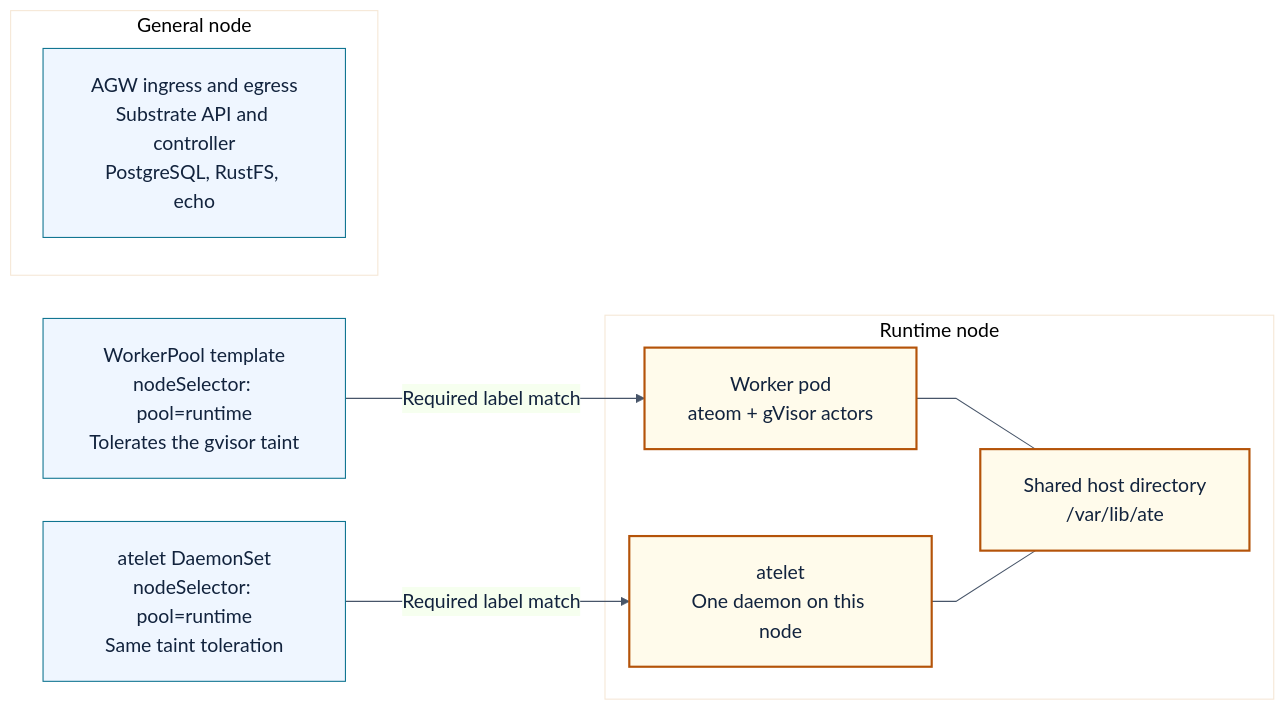
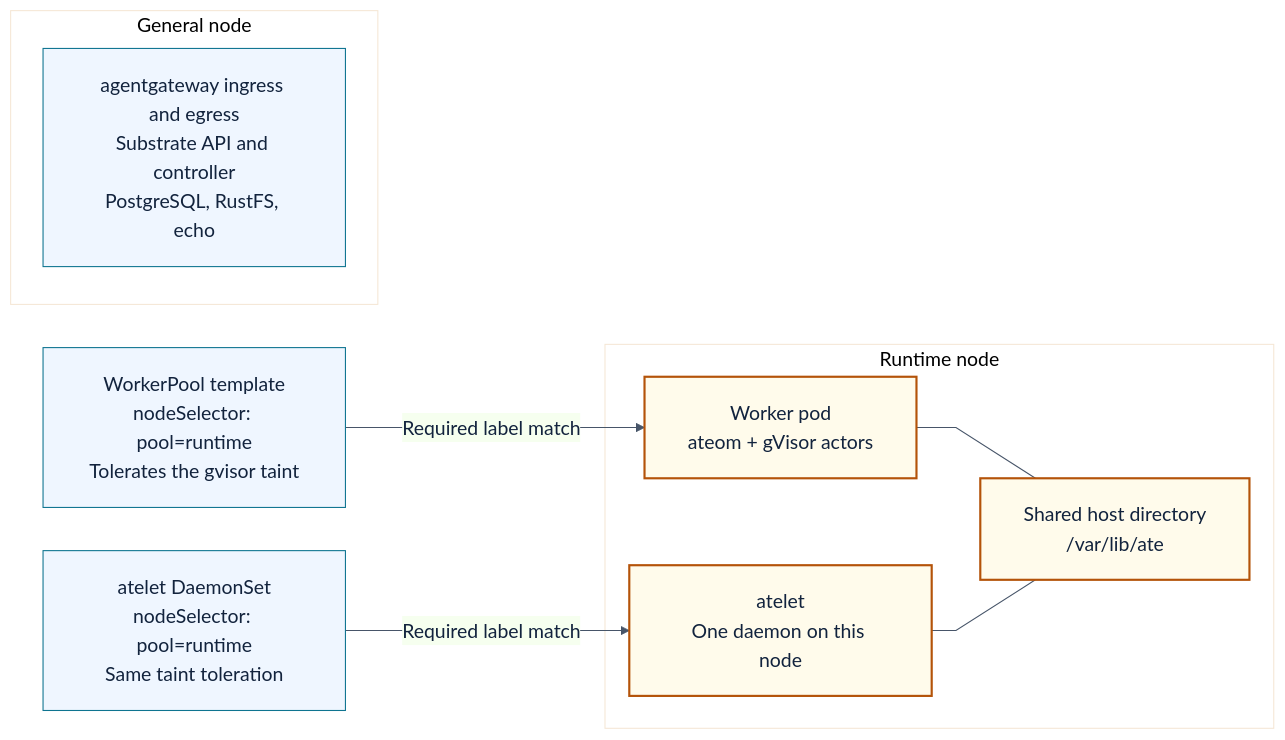
Before and after one commit to tjorourke/solo-labs: the diagram in agent-substrate-least-privilege-kind/diagrams/node-placement.mmd, drawn with Mermaid. The commit also changed 13 other files, not shown here.

```diff
--- a/agent-substrate-least-privilege-kind/diagrams/node-placement.mmd
+++ b/agent-substrate-least-privilege-kind/diagrams/node-placement.mmd
@@ -1,16 +1,16 @@
 %%{init: {"theme":"base","themeVariables":{"fontFamily":"Arial","fontSize":"18px","primaryColor":"#eff6ff","primaryTextColor":"#12233d","primaryBorderColor":"#0e7490","lineColor":"#475569"},"flowchart":{"curve":"linear","nodeSpacing":40,"rankSpacing":45,"padding":20}}}%%
 flowchart LR
     P["WorkerPool template<br/>nodeSelector: pool=runtime<br/>Tolerates the gvisor taint"] -->|"Required label match"| W
     D["atelet DaemonSet<br/>nodeSelector: pool=runtime<br/>Same taint toleration"] -->|"Required label match"| L
     subgraph R["Runtime node"]
       W["Worker pod<br/>ateom + gVisor actors"]
       L["atelet<br/>One daemon on this node"]
       H["Shared host directory<br/>/var/lib/ate"]
       W --- H
       L --- H
     end
     subgraph N["General node"]
-      G["AGW ingress and egress<br/>Substrate API and controller<br/>PostgreSQL, RustFS, echo"]
+      G["agentgateway ingress and egress<br/>Substrate API and controller<br/>PostgreSQL, RustFS, echo"]
     end
     classDef runtime fill:#fffbeb,stroke:#b45309,stroke-width:2px;
     class W,L,H runtime;
```
